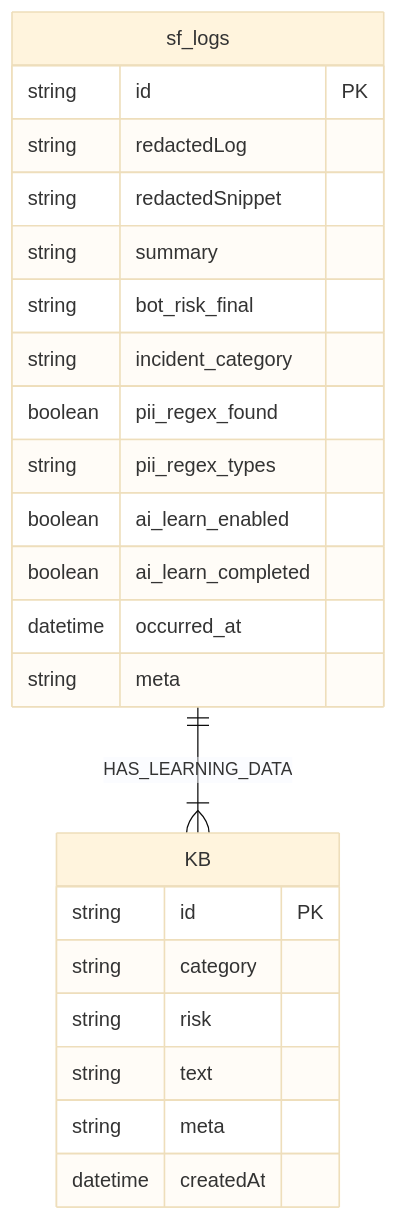
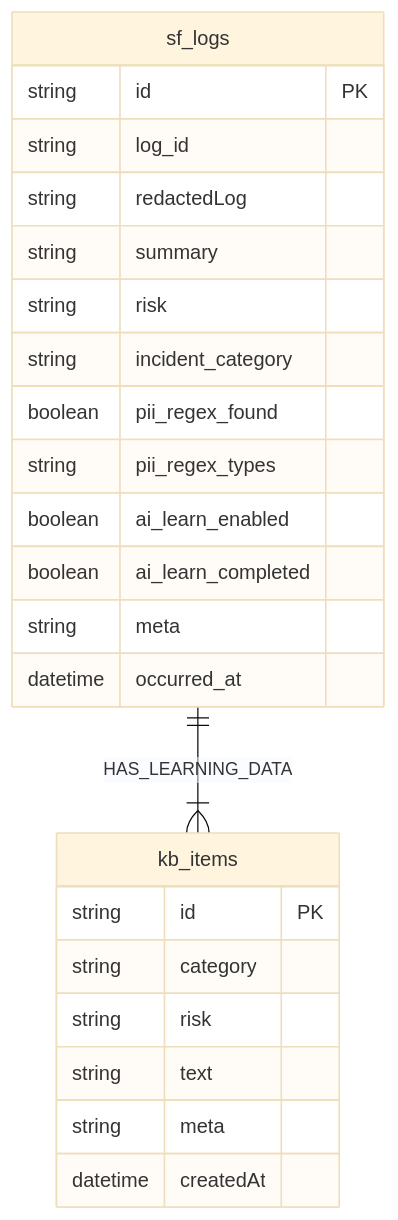
One commit to jihun-moon/im-bank-n8n-agent changed the second of 2 diagrams in README.md. Above: the diagram before and after it, drawn with Mermaid (base theme). The commit also changed other lines of this file, not shown here.

````diff
--- a/README.md
+++ b/README.md
@@ -143,28 +160,28 @@
 ```mermaid
 erDiagram
     sf_logs {
         string id PK
+        string log_id
         string redactedLog
-        string redactedSnippet
         string summary
-        string bot_risk_final
+        string risk
         string incident_category
         boolean pii_regex_found
         string pii_regex_types
         boolean ai_learn_enabled
         boolean ai_learn_completed
+        string meta
         datetime occurred_at
-        string meta
     }
 
-    KB {
+    kb_items {
         string id PK
         string category
         string risk
         string text
         string meta
         datetime createdAt
     }
 
-    sf_logs ||--|{ KB : HAS_LEARNING_DATA
+    sf_logs ||--|{ kb_items : HAS_LEARNING_DATA
 ```
````
